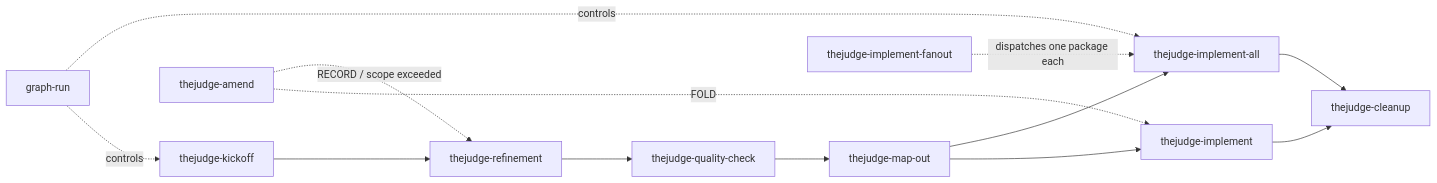
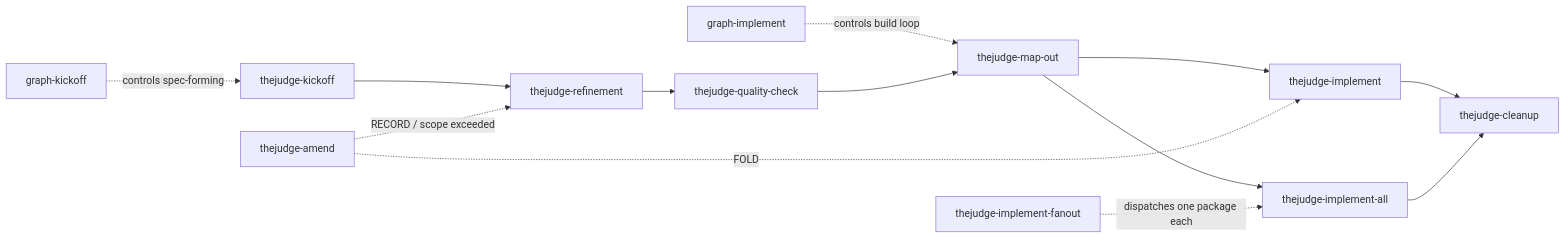
One commit to ChrisMiho/TheJudge changed the diagram in AGENT-SKILLS.md. Above: the diagram before and after it, drawn with Mermaid. The commit also changed other lines of this file and 19 other files, not shown here.

First line of the commit message:
feat(graph-shipping-mode-phase2): complete slice E — downstream, docs, fixtures; ship-ready

````diff
--- a/AGENT-SKILLS.md
+++ b/AGENT-SKILLS.md
@@ -35,15 +35,15 @@
 ```mermaid
 flowchart LR
-  graphrun[graph-run] -. controls .-> kickoff
-  graphrun -. controls .-> implementall
+  graphkickoff[graph-kickoff] -. controls spec-forming .-> kickoff
+  graphimplement[graph-implement] -. controls build loop .-> mapout
   kickoff[thejudge-kickoff] --> refinement[thejudge-refinement]
   refinement --> qc[thejudge-quality-check]
   qc --> mapout[thejudge-map-out]
   mapout --> implement[thejudge-implement]
   mapout --> implementall[thejudge-implement-all]
   implement --> cleanup[thejudge-cleanup]
   implementall --> cleanup
   fanout[thejudge-implement-fanout] -. dispatches one package each .-> implementall
   amend[thejudge-amend] -. FOLD .-> implement
   amend -. RECORD / scope exceeded .-> refinement
 ```
````
